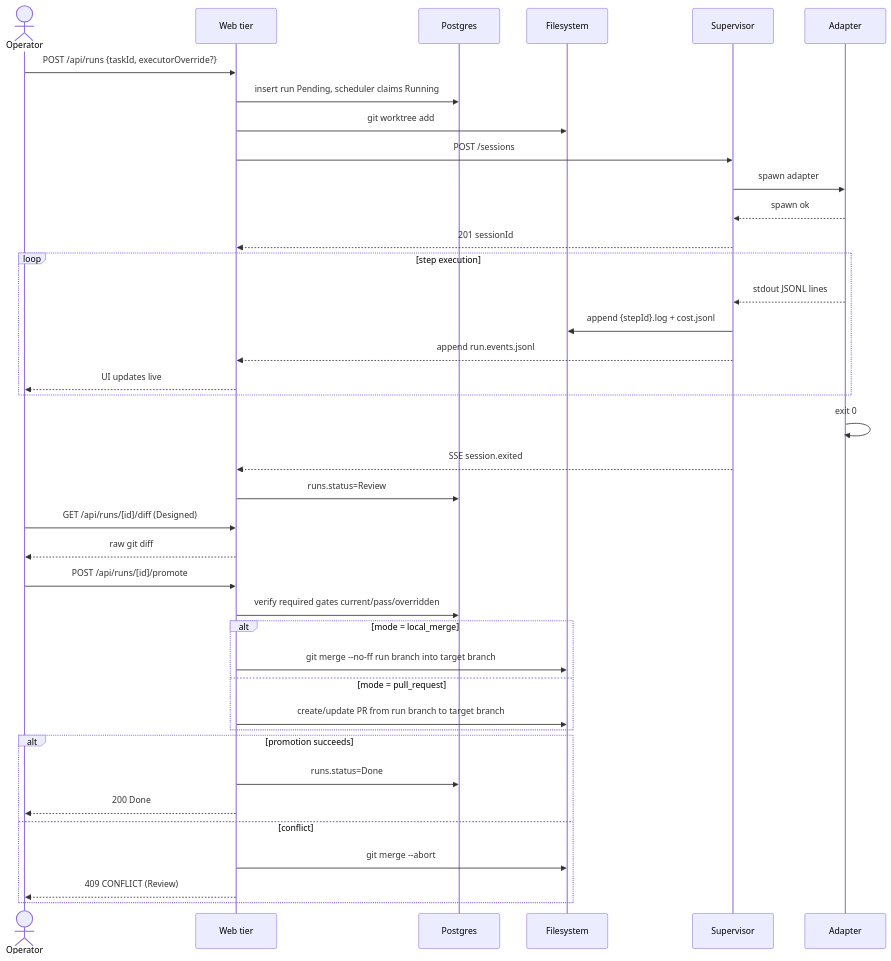
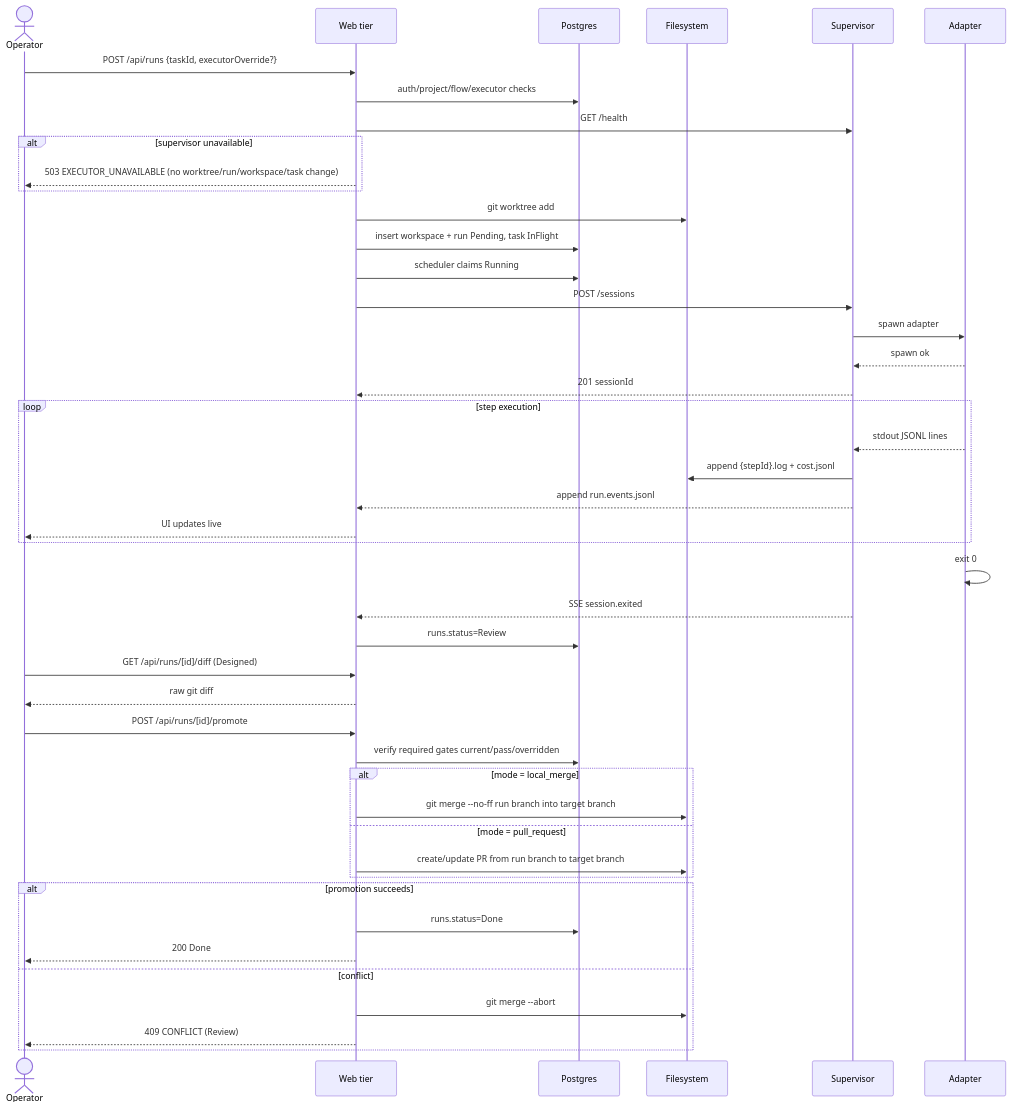
One commit to maister-dev/maister changed the second of 4 diagrams in docs/system-analytics/runs.md. Above: the diagram before and after it, drawn with Mermaid. The commit also changed 32 other files, not shown here.

````diff
--- a/docs/system-analytics/runs.md
+++ b/docs/system-analytics/runs.md
@@ -63,42 +63,48 @@
 ```mermaid
 sequenceDiagram
     actor U as Operator
     participant W as Web tier
     participant DB as Postgres
     participant FS as Filesystem
     participant SV as Supervisor
     participant A as Adapter
 
     U->>W: POST /api/runs {taskId, executorOverride?}
-    W->>DB: insert run Pending, scheduler claims Running
+    W->>DB: auth/project/flow/executor checks
+    W->>SV: GET /health
+    alt supervisor unavailable
+        W-->>U: 503 EXECUTOR_UNAVAILABLE (no worktree/run/workspace/task change)
+    end
     W->>FS: git worktree add
+    W->>DB: insert workspace + run Pending, task InFlight
+    W->>DB: scheduler claims Running
     W->>SV: POST /sessions
     SV->>A: spawn adapter
     A-->>SV: spawn ok
     SV-->>W: 201 sessionId
     loop step execution
         A-->>SV: stdout JSONL lines
         SV->>FS: append {stepId}.log + cost.jsonl
         SV-->>W: append run.events.jsonl
         W-->>U: UI updates live
     end
     A->>A: exit 0
     SV-->>W: SSE session.exited
     W->>DB: runs.status=Review
     U->>W: GET /api/runs/[id]/diff (Designed)
     W-->>U: raw git diff
     U->>W: POST /api/runs/[id]/promote
     W->>DB: verify required gates current/pass/overridden
     alt mode = local_merge
         W->>FS: git merge --no-ff run branch into target branch
     else mode = pull_request
         W->>FS: create/update PR from run branch to target branch
     end
     alt promotion succeeds
         W->>DB: runs.status=Done
         W-->>U: 200 Done
     else conflict
         W->>FS: git merge --abort
         W-->>U: 409 CONFLICT (Review)
     end
 ```
````
